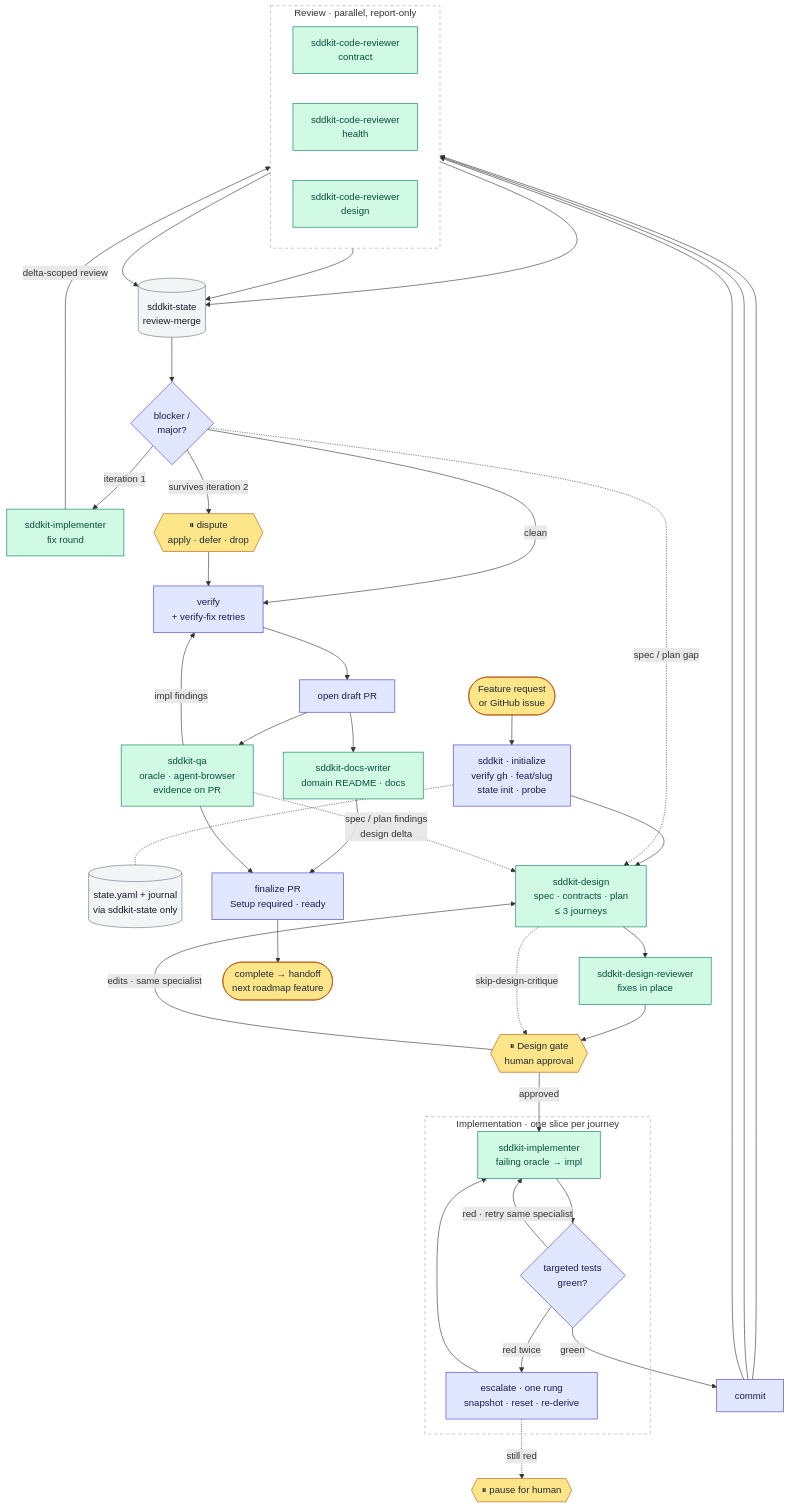
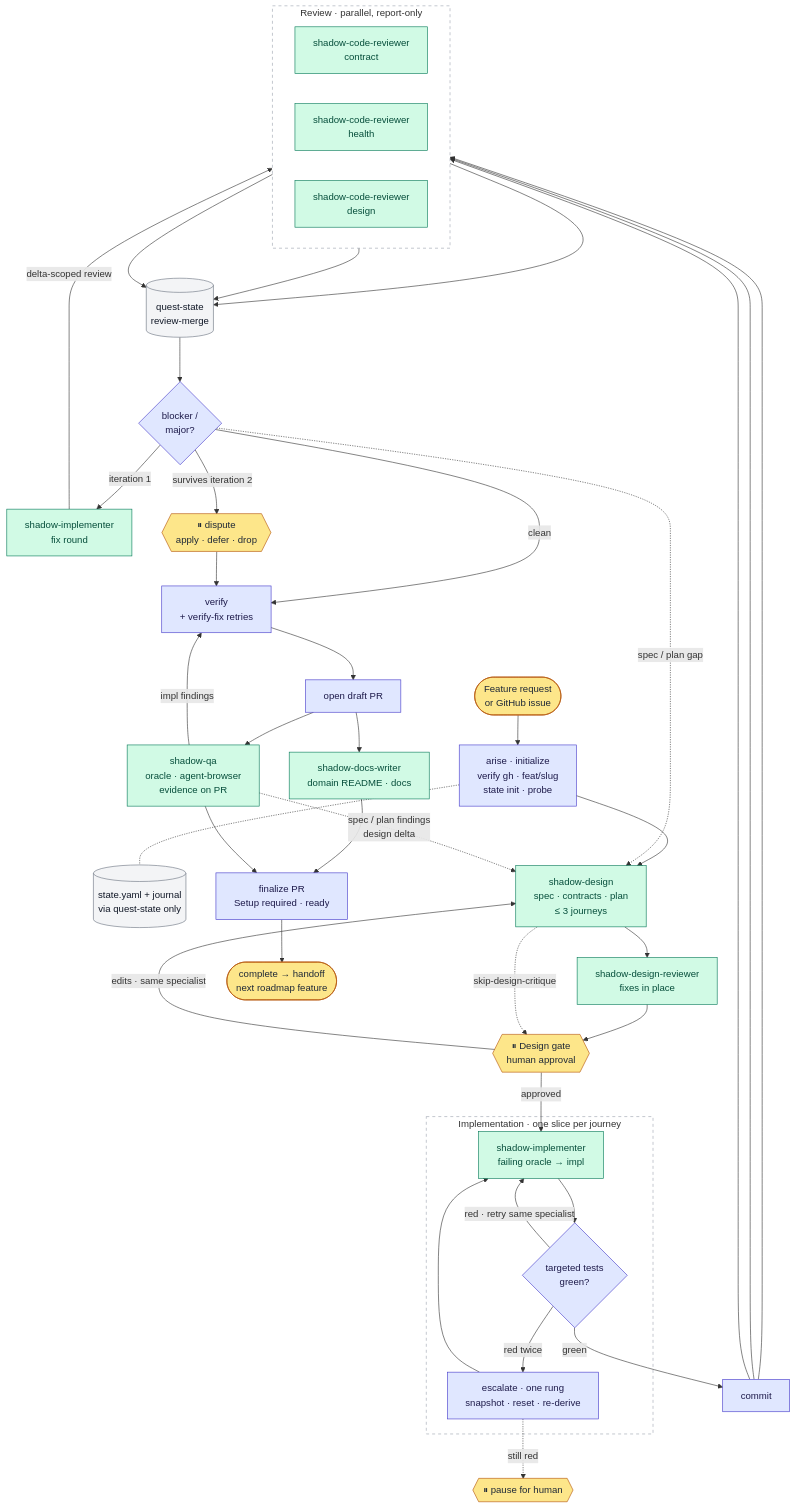
One commit to luisintosh/sddkit changed the diagram in README.md. Above: the diagram before and after it, drawn with Mermaid. The commit also changed other lines of this file and 144 other files, not shown here.

First line of the commit message:
feat: rename project to solodev, conductor to arise, agents to shadow-*

````diff
--- a/README.md
+++ b/README.md
@@ -30,60 +108,60 @@
 ```mermaid
 flowchart TD
   req(["Feature request<br/>or GitHub issue"]):::human
-  init["sddkit · initialize<br/>verify gh · feat/slug<br/>state init · probe"]:::conductor
-  state[("state.yaml + journal<br/>via sddkit-state only")]:::state
-  design["sddkit-design<br/>spec · contracts · plan<br/>≤ 3 journeys"]:::agent
-  critique["sddkit-design-reviewer<br/>fixes in place"]:::agent
+  init["arise · initialize<br/>verify gh · feat/slug<br/>state init · probe"]:::conductor
+  state[("state.yaml + journal<br/>via quest-state only")]:::state
+  design["shadow-design<br/>spec · contracts · plan<br/>≤ 3 journeys"]:::agent
+  critique["shadow-design-reviewer<br/>fixes in place"]:::agent
   gate{{"⏸ Design gate<br/>human approval"}}:::human
 
   req --> init --> design
   init -.- state
   design --> critique --> gate
   design -.->|skip-design-critique| gate
   gate -->|"edits · same specialist"| design
 
   subgraph impl["Implementation · one slice per journey"]
-    implementer["sddkit-implementer<br/>failing oracle → impl"]:::agent
+    implementer["shadow-implementer<br/>failing oracle → impl"]:::agent
     sensors{"targeted tests<br/>green?"}:::conductor
     escalate["escalate · one rung<br/>snapshot · reset · re-derive"]:::conductor
     implementer --> sensors
     sensors -->|"red · retry same specialist"| implementer
     sensors -->|red twice| escalate --> implementer
   end
 
   gate -->|approved| implementer
   escalate -.->|still red| pause{{"⏸ pause for human"}}:::human
   sensors -->|green| commit["commit"]:::conductor
 
   subgraph review["Review · parallel, report-only"]
     direction LR
-    rc["sddkit-code-reviewer<br/>contract"]:::agent
-    rh["sddkit-code-reviewer<br/>health"]:::agent
-    rd["sddkit-code-reviewer<br/>design"]:::agent
+    rc["shadow-code-reviewer<br/>contract"]:::agent
+    rh["shadow-code-reviewer<br/>health"]:::agent
+    rd["shadow-code-reviewer<br/>design"]:::agent
   end
 
   commit --> rc & rh & rd
-  rc & rh & rd --> merge[("sddkit-state<br/>review-merge")]:::state
+  rc & rh & rd --> merge[("quest-state<br/>review-merge")]:::state
   merge --> triage{"blocker /<br/>major?"}:::conductor
-  triage -->|iteration 1| fix["sddkit-implementer<br/>fix round"]:::agent
+  triage -->|iteration 1| fix["shadow-implementer<br/>fix round"]:::agent
   fix -->|delta-scoped review| review
   triage -->|survives iteration 2| dispute{{"⏸ dispute<br/>apply · defer · drop"}}:::human
   triage -.->|spec / plan gap| design
   triage -->|clean| verify
   dispute --> verify
 
   verify["verify<br/>+ verify-fix retries"]:::conductor --> pr["open draft PR"]:::conductor
-  pr --> docs["sddkit-docs-writer<br/>domain README · docs"]:::agent
-  pr --> qa["sddkit-qa<br/>oracle · agent-browser<br/>evidence on PR"]:::agent
+  pr --> docs["shadow-docs-writer<br/>domain README · docs"]:::agent
+  pr --> qa["shadow-qa<br/>oracle · agent-browser<br/>evidence on PR"]:::agent
   qa -->|impl findings| verify
   qa -.->|"spec / plan findings<br/>design delta"| design
   docs & qa --> finalize["finalize PR<br/>Setup required · ready"]:::conductor
   finalize --> done(["complete → handoff<br/>next roadmap feature"]):::human
 
   classDef human fill:#fde68a,stroke:#b45309,color:#1f2937
   classDef conductor fill:#e0e7ff,stroke:#4338ca,color:#1e1b4b
   classDef agent fill:#d1fae5,stroke:#047857,color:#064e3b
   classDef state fill:#f3f4f6,stroke:#6b7280,color:#111827
   style impl fill:transparent,stroke:#9ca3af,stroke-dasharray:5 5
   style review fill:transparent,stroke:#9ca3af,stroke-dasharray:5 5
 ```
````
